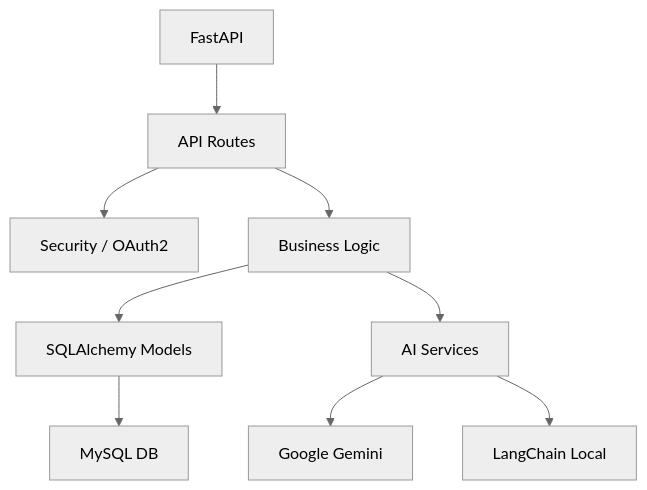
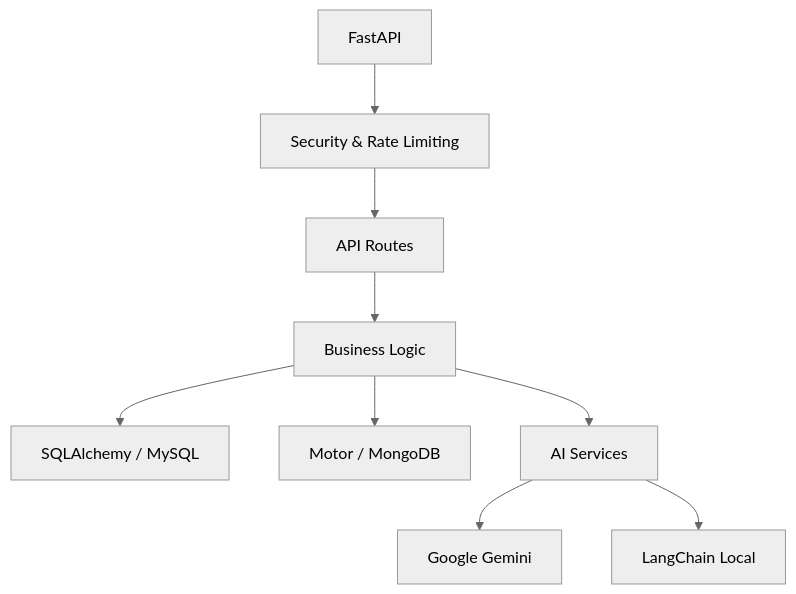
One commit to quantumNexus0/ai_legal_ecosystem changed the ninth of 9 diagrams in README.md. Above: the diagram before and after it, drawn with Mermaid (neutral theme). The commit also changed other lines of this file and 40 other files, not shown here.

````diff
--- a/README.md
+++ b/README.md
@@ -348,13 +392,13 @@
 ```mermaid
 graph TD
-    FastAPI[FastAPI] --> Routes[API Routes]
-    Routes --> Auth[Security / OAuth2]
+    FastAPI[FastAPI] --> Security[Security & Rate Limiting]
+    Security --> Routes[API Routes]
     Routes --> Controllers[Business Logic]
     
-    Controllers --> Models[SQLAlchemy Models]
-    Models --> MySQL[MySQL DB]
+    Controllers --> SQL[SQLAlchemy / MySQL]
+    Controllers --> NoSQL[Motor / MongoDB]
     
     Controllers --> AI[AI Services]
     AI --> Google[Google Gemini]
     AI --> LangChain[LangChain Local]
 ```
````
